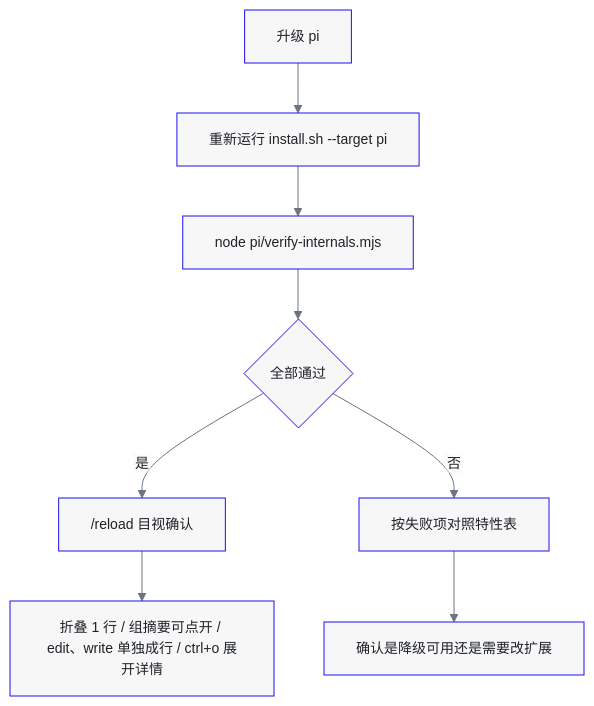
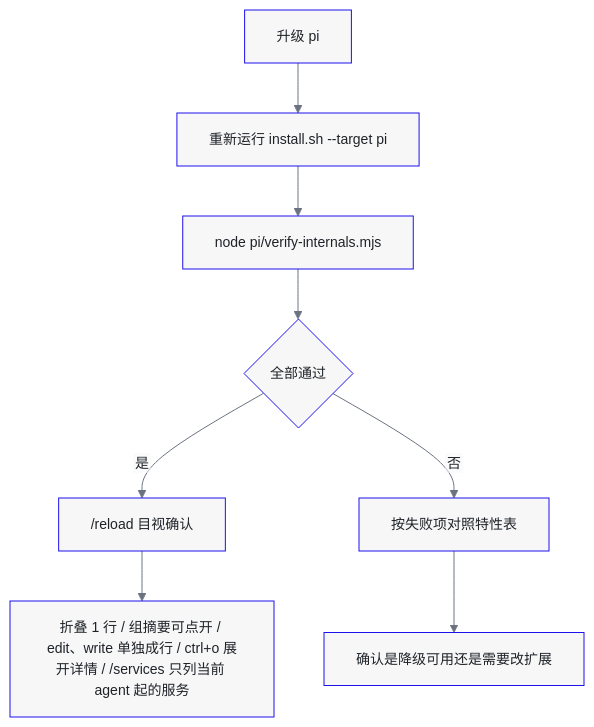
Before and after one commit to liuxueyong123/agent-config: the diagram in pi/README.md, drawn with Mermaid. The commit also changed other lines of this file and 1 other file, not shown here.

````diff
--- a/pi/README.md
+++ b/pi/README.md
@@ -52,11 +71,11 @@
 ```mermaid
 %%{init: {"theme": "base", "themeVariables": {"fontFamily": "PingFang SC, Microsoft YaHei, Noto Sans CJK SC, Inter, sans-serif", "primaryColor": "#F7F7F8", "primaryTextColor": "#1F2328", "primaryBorderColor": "#1F11ED", "lineColor": "#6B7280", "fontSize": "14px"}, "flowchart": {"htmlLabels": false, "padding": 16, "curve": "basis"}}}%%
 flowchart TD
     A[升级 pi] --> B[重新运行 install.sh --target pi]
     B --> C[node pi/verify-internals.mjs]
     C --> D{全部通过}
     D -->|是| E["/reload 目视确认"]
     D -->|否| F[按失败项对照特性表]
     F --> G[确认是降级可用还是需要改扩展]
-    E --> H[折叠 1 行 / 组摘要可点开 / edit、write 单独成行 / ctrl+o 展开详情]
+    E --> H[折叠 1 行 / 组摘要可点开 / edit、write 单独成行 / ctrl+o 展开详情 / /services 只列当前 agent 起的服务]
 ```
````
